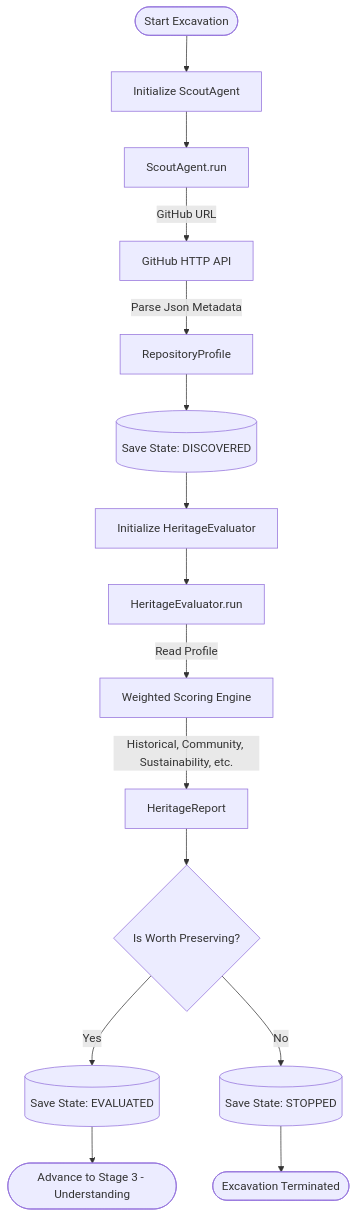
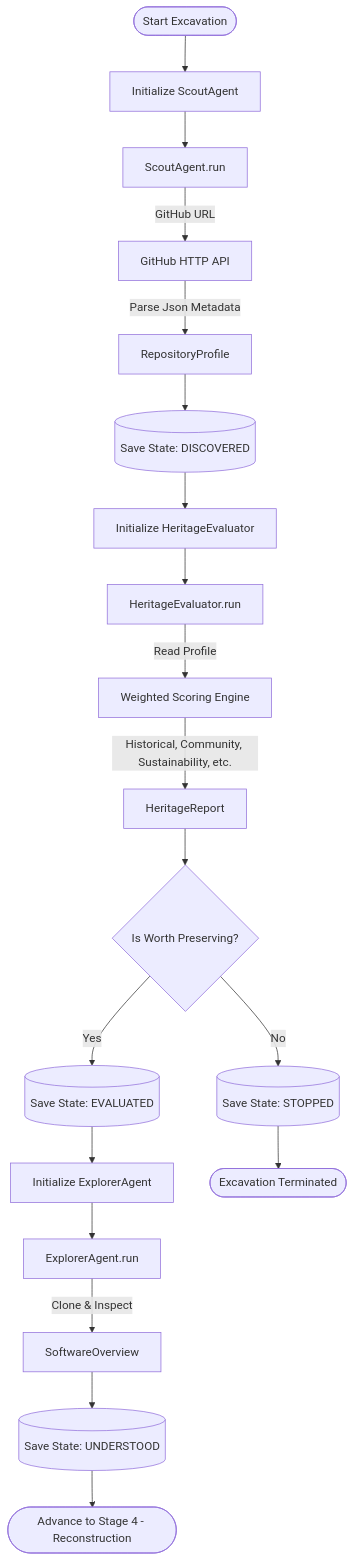
One commit to RamSaiDeep/ReForge changed the third of 9 diagrams in .agents/architecture.md. Above: the diagram before and after it, drawn with Mermaid. The commit also changed other lines of this file and 15 other files, not shown here.

Commit message:
feat: implement FastAPI server, REST routes, unit tests, and API documentation flowcharts

````diff
--- a/.agents/architecture.md
+++ b/.agents/architecture.md
@@ -148,17 +174,21 @@
 ```mermaid
 flowchart TD
     Start([Start Excavation]) --> ScoutInit[Initialize ScoutAgent]
     ScoutInit --> ScoutRun[ScoutAgent.run]
     ScoutRun -->|GitHub URL| FetchAPI[GitHub HTTP API]
     FetchAPI -->|Parse Json Metadata| Profile[RepositoryProfile]
     Profile --> SaveState1[(Save State: DISCOVERED)]
     SaveState1 --> HeritageInit[Initialize HeritageEvaluator]
     HeritageInit --> HeritageRun[HeritageEvaluator.run]
     HeritageRun -->|Read Profile| ScoringEngine[Weighted Scoring Engine]
     ScoringEngine -->|Historical, Community, Sustainability, etc.| Report[HeritageReport]
     Report --> CheckWorthy{Is Worth Preserving?}
     CheckWorthy -->|Yes| SaveState2[(Save State: EVALUATED)]
     CheckWorthy -->|No| SaveStateStopped[(Save State: STOPPED)]
-    SaveState2 --> NextStage([Advance to Stage 3 - Understanding])
+    SaveState2 --> ExplorerInit[Initialize ExplorerAgent]
+    ExplorerInit --> ExplorerRun[ExplorerAgent.run]
+    ExplorerRun -->|Clone & Inspect| Overview[SoftwareOverview]
+    Overview --> SaveState3[(Save State: UNDERSTOOD)]
+    SaveState3 --> NextStage([Advance to Stage 4 - Reconstruction])
     SaveStateStopped --> End([Excavation Terminated])
 ```
````
